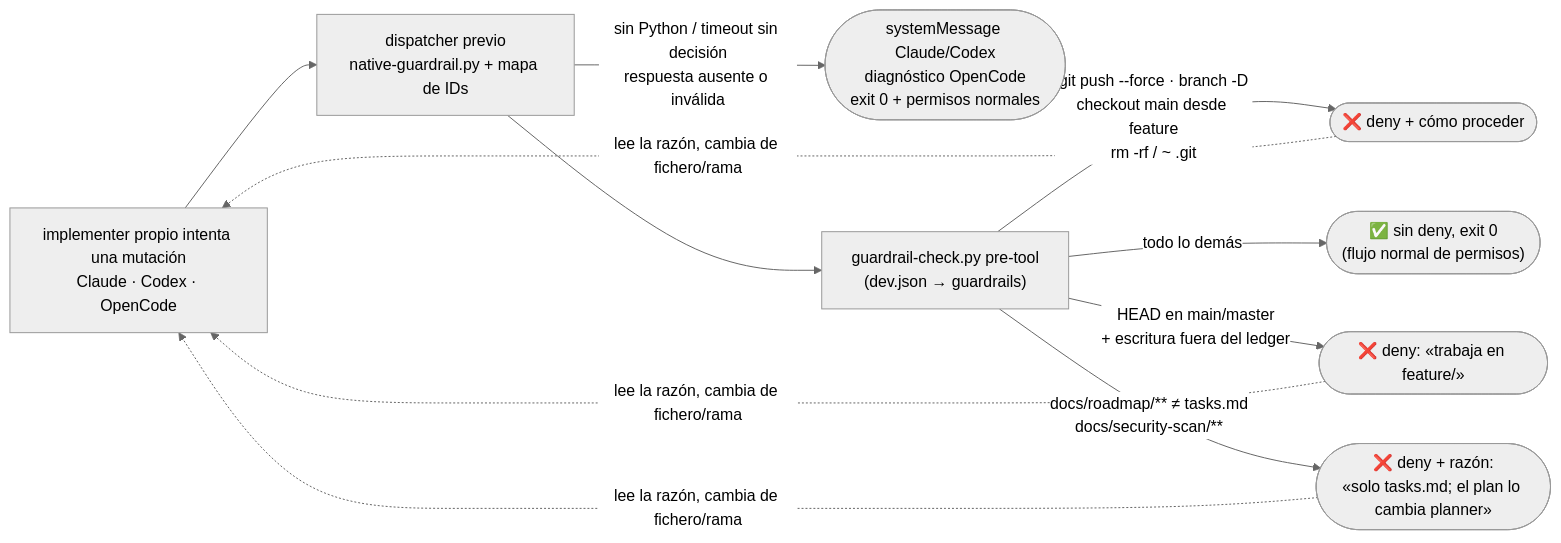
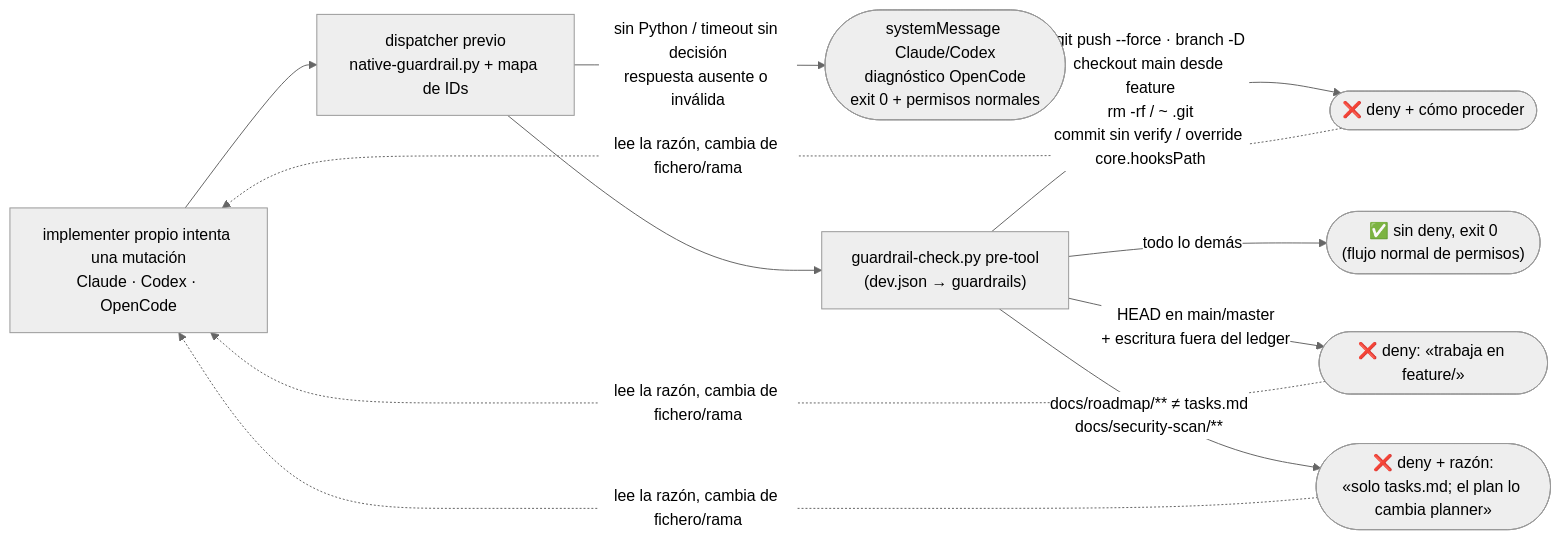
Diagram 12 of 16 in docs/FLOWS.md (daycry/custom-agents), drawn with Mermaid (neutral theme) before and after one commit. The commit also changed other lines of this file and 15 other files, not shown here.

Commit message:
fix(hooks): preserve Git commit verification for protected roles

````diff
--- a/docs/FLOWS.md
+++ b/docs/FLOWS.md
@@ -377,11 +377,11 @@
 ```mermaid
 flowchart LR
     T["implementer propio intenta una mutación<br/>Claude · Codex · OpenCode"] --> W["dispatcher previo<br/>native-guardrail.py + mapa de IDs"]
     W -->|"sin Python / timeout sin decisión<br/>respuesta ausente o inválida"| M(["systemMessage Claude/Codex<br/>diagnóstico OpenCode<br/>exit 0 + permisos normales"])
     W --> G["guardrail-check.py pre-tool<br/>(dev.json → guardrails)"]
     G -->|"docs/roadmap/** ≠ tasks.md<br/>docs/security-scan/**"| D(["❌ deny + razón:<br/>«solo tasks.md; el plan lo cambia planner»"])
     G -->|"HEAD en main/master<br/>+ escritura fuera del ledger"| D2(["❌ deny: «trabaja en feature/<slug>»"])
-    G -->|"git push --force · branch -D<br/>checkout main desde feature<br/>rm -rf / ~ .git"| D3(["❌ deny + cómo proceder"])
+    G -->|"git push --force · branch -D<br/>checkout main desde feature<br/>rm -rf / ~ .git<br/>commit sin verify / override core.hooksPath"| D3(["❌ deny + cómo proceder"])
     G -->|"todo lo demás"| A(["✅ sin deny, exit 0<br/>(flujo normal de permisos)"])
     D & D2 & D3 -.->|"lee la razón, cambia de fichero/rama"| T
 ```
````
